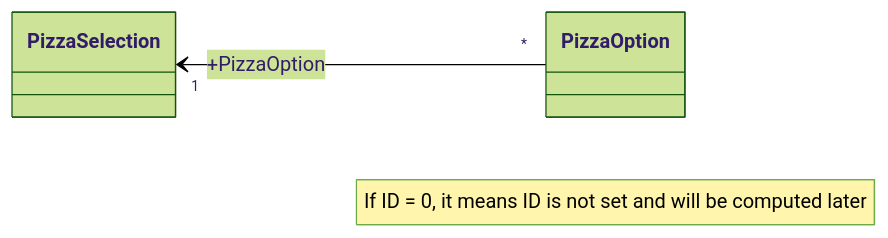
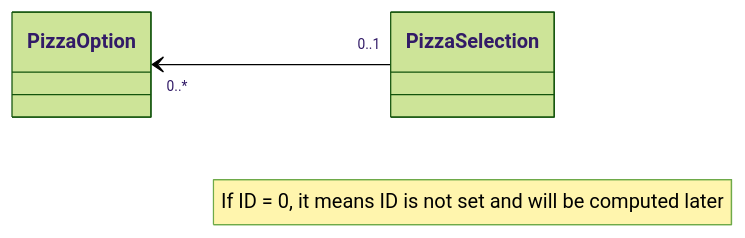
Before and after one commit to ekral/Utb.PizzaKiosk: the diagram in README.md, drawn with Mermaid (forest theme).

````diff
--- a/README.md
+++ b/README.md
@@ -162,6 +162,6 @@
 ```mermaid
  classDiagram
    note "If ID = 0, it means ID is not set and will be computed later"
    direction RL
-   PizzaOption "*" --> "1" PizzaSelection : +PizzaOption
+   PizzaSelection "0..1" --> "0..*" PizzaOption
 ```
````
